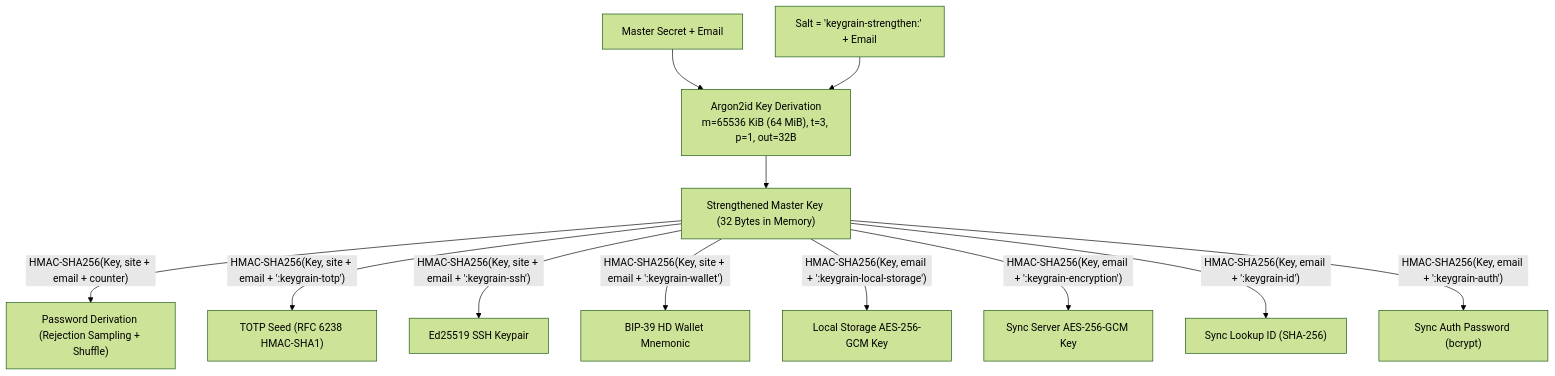
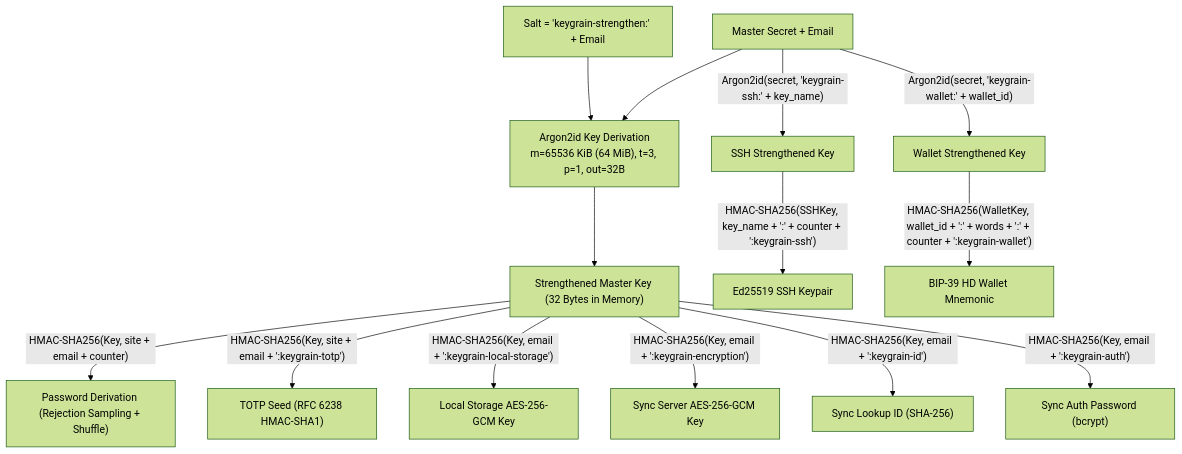
The third of 8 diagrams in docs/extension-architecture.md (iheb-eddine/keygrain), drawn with Mermaid (forest theme) before and after one commit. The commit also changed other lines of this file and 36 other files, not shown here.

Commit message:
feat: decouple email from ssh and wallet derivations in spec v5

````diff
--- a/docs/extension-architecture.md
+++ b/docs/extension-architecture.md
@@ -106,20 +106,24 @@
 ```mermaid
 graph TD
     SECRET["Master Secret + Email"]
     SALT["Salt = 'keygrain-strengthen:' + Email"]
     ARGON["Argon2id Key Derivation<br/>m=65536 KiB (64 MiB), t=3, p=1, out=32B"]
     STRENGTHENED["Strengthened Master Key (32 Bytes in Memory)"]
 
     SECRET --> ARGON
     SALT --> ARGON
     ARGON --> STRENGTHENED
 
     STRENGTHENED -->|"HMAC-SHA256(Key, site + email + counter)"| PASS["Password Derivation (Rejection Sampling + Shuffle)"]
     STRENGTHENED -->|"HMAC-SHA256(Key, site + email + ':keygrain-totp')"| TOTP["TOTP Seed (RFC 6238 HMAC-SHA1)"]
-    STRENGTHENED -->|"HMAC-SHA256(Key, site + email + ':keygrain-ssh')"| SSH["Ed25519 SSH Keypair"]
-    STRENGTHENED -->|"HMAC-SHA256(Key, site + email + ':keygrain-wallet')"| WALLET["BIP-39 HD Wallet Mnemonic"]
     STRENGTHENED -->|"HMAC-SHA256(Key, email + ':keygrain-local-storage')"| LOCAL_ENC["Local Storage AES-256-GCM Key"]
     STRENGTHENED -->|"HMAC-SHA256(Key, email + ':keygrain-encryption')"| SYNC_ENC["Sync Server AES-256-GCM Key"]
     STRENGTHENED -->|"HMAC-SHA256(Key, email + ':keygrain-id')"| LOOKUP_ID["Sync Lookup ID (SHA-256)"]
     STRENGTHENED -->|"HMAC-SHA256(Key, email + ':keygrain-auth')"| AUTH_PW["Sync Auth Password (bcrypt)"]
+
+    SECRET -->|"Argon2id(secret, 'keygrain-ssh:' + key_name)"| SSH_KEY["SSH Strengthened Key"]
+    SSH_KEY -->|"HMAC-SHA256(SSHKey, key_name + ':' + counter + ':keygrain-ssh')"| SSH["Ed25519 SSH Keypair"]
+
+    SECRET -->|"Argon2id(secret, 'keygrain-wallet:' + wallet_id)"| WALLET_KEY["Wallet Strengthened Key"]
+    WALLET_KEY -->|"HMAC-SHA256(WalletKey, wallet_id + ':' + words + ':' + counter + ':keygrain-wallet')"| WALLET["BIP-39 HD Wallet Mnemonic"]
 ```
````
